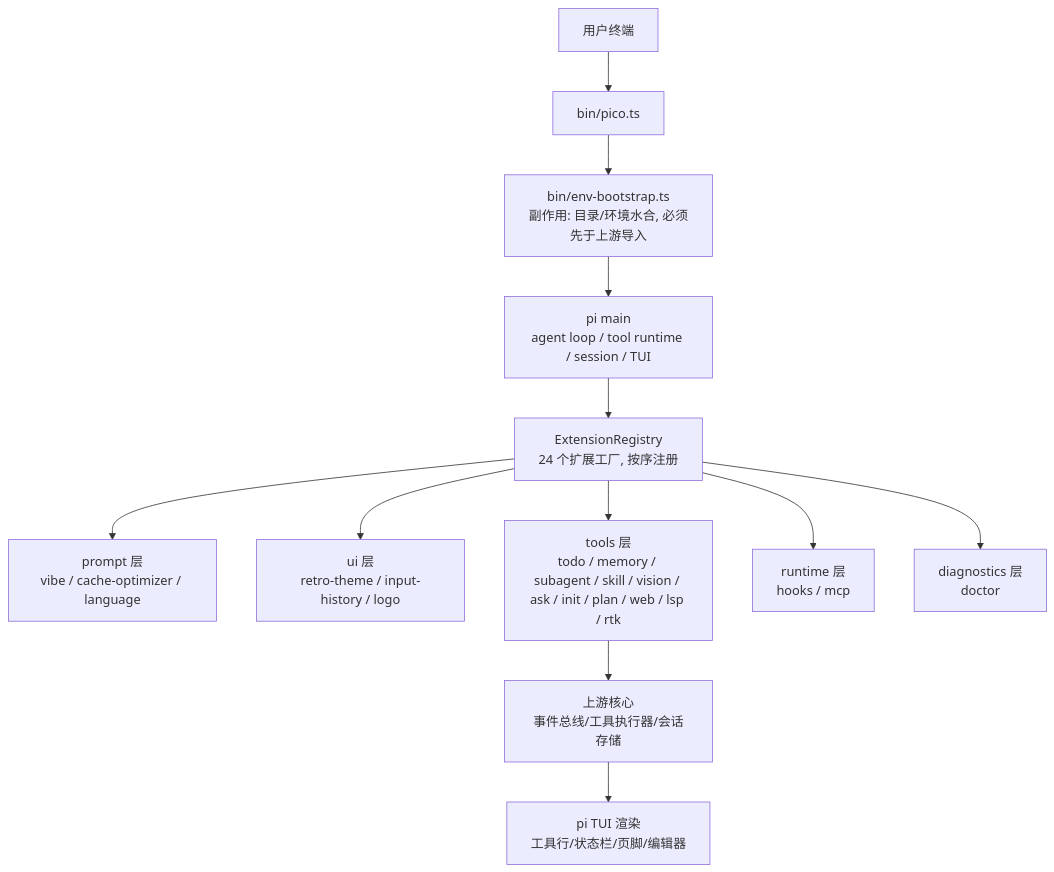
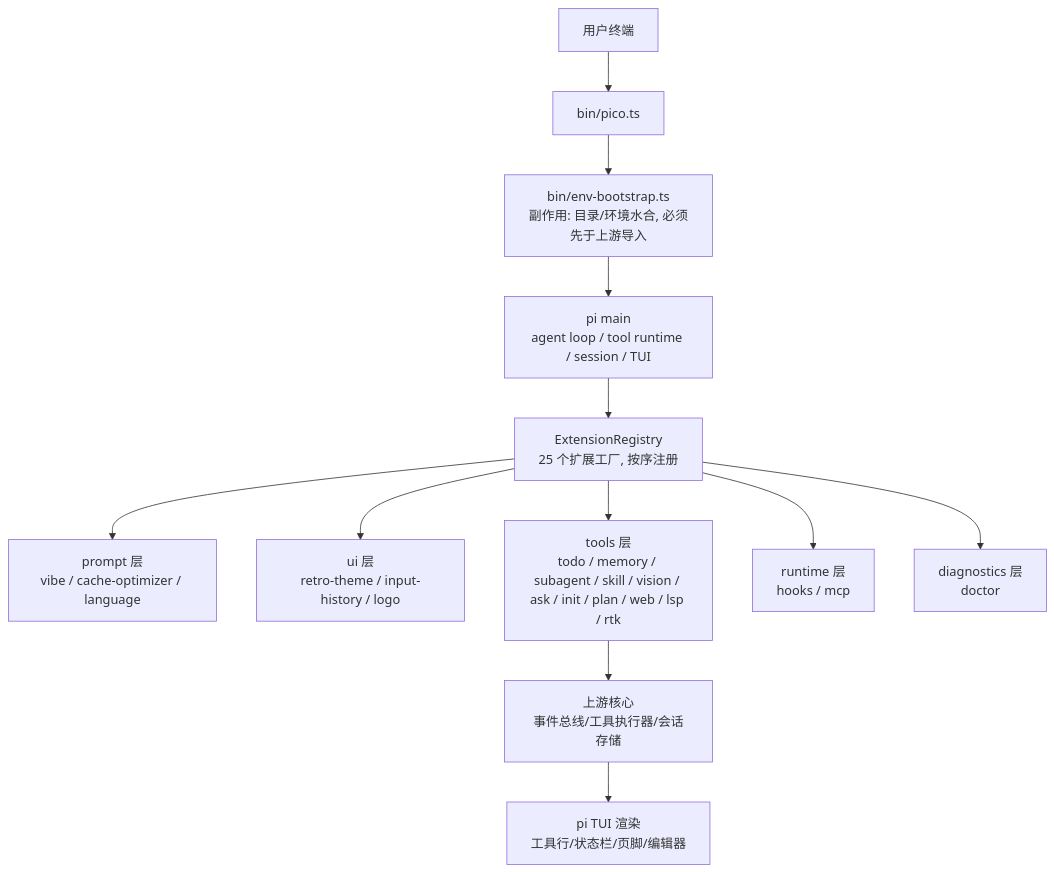
Before and after one commit to sswym/pico: the first of 5 diagrams in docs/internal-tech-review.md, drawn with Mermaid. The commit also changed other lines of this file and 15 other files, not shown here.

````diff
--- a/docs/internal-tech-review.md
+++ b/docs/internal-tech-review.md
@@ -38,14 +38,14 @@
 ```mermaid
 flowchart TD
     U[用户终端] --> BIN[bin/pico.ts]
     BIN --> BOOT[bin/env-bootstrap.ts<br/>副作用: 目录/环境水合, 必须先于上游导入]
     BOOT --> MAIN[pi main<br/>agent loop / tool runtime / session / TUI]
-    MAIN --> REG[ExtensionRegistry<br/>24 个扩展工厂, 按序注册]
+    MAIN --> REG[ExtensionRegistry<br/>25 个扩展工厂, 按序注册]
     REG --> E1[prompt 层<br/>vibe / cache-optimizer / language]
     REG --> E2[ui 层<br/>retro-theme / input-history / logo]
     REG --> E3[tools 层<br/>todo / memory / subagent / skill / vision / ask / init / plan / web / lsp / rtk]
     REG --> E4[runtime 层<br/>hooks / mcp]
     REG --> E5[diagnostics 层<br/>doctor]
     E3 --> CORE[上游核心<br/>事件总线/工具执行器/会话存储]
     CORE --> TUI[pi TUI 渲染<br/>工具行/状态栏/页脚/编辑器]
 ```
````
